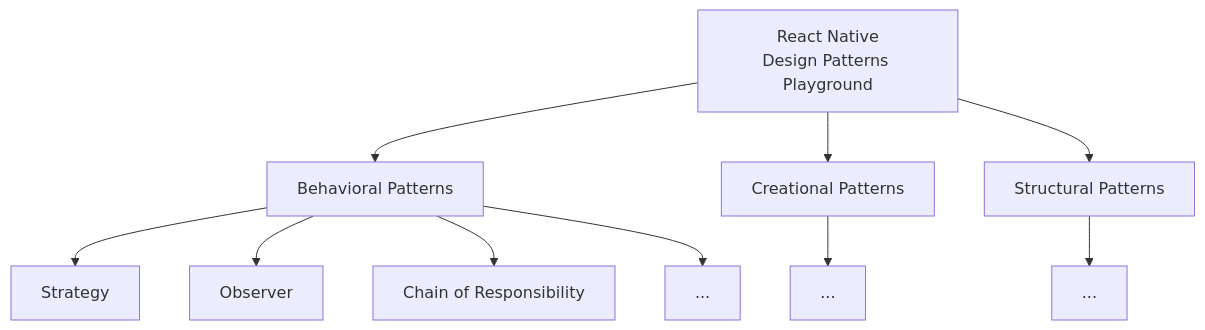
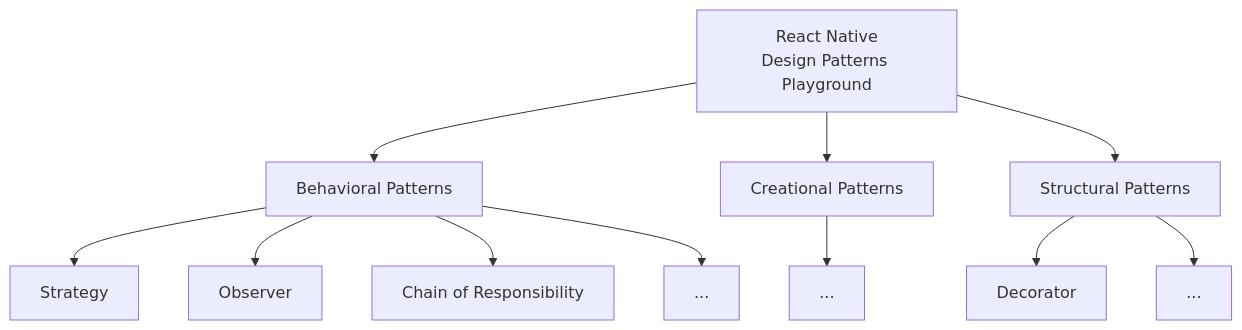
One commit to sallySalem/react-native-pattern-playground changed the diagram in README.md. Above: the diagram before and after it, drawn with Mermaid.

````diff
--- a/README.md
+++ b/README.md
@@ -28,28 +28,28 @@
 ```mermaid
 graph TD
     A["React Native<br/>Design Patterns Playground"]
     A --> B["Behavioral Patterns"]
     A --> C["Creational Patterns"]
     A --> D["Structural Patterns"]
     B --> B1["Strategy"]
     B --> B2["Observer"]
     B --> B3["Chain of Responsibility"]
     B --> B4["..."]
 %%    B --> B3["Command"]
 %%    B --> B4["State"]
 %%    B --> B5["Chain of Responsibility"]
     C --> C1["..."]
 %%    C --> C1["Factory Method"]
 %%    C --> C2["Abstract Factory"]
 %%    C --> C3["Builder"]
 %%    C --> C4["Prototype"]
 %%    C --> C5["Singleton"]
-    D --> D1["..."]
 %%    D --> D1["Adapter"]
 %%    D --> D2["Bridge"]
 %%    D --> D3["Composite"]
-%%    D --> D4["Decorator"]
+    D --> D4["Decorator"]
 %%    D --> D5["Facade"]
 %%    D --> D6["Proxy"]
+    D --> D1["..."]
 
 ```
````
